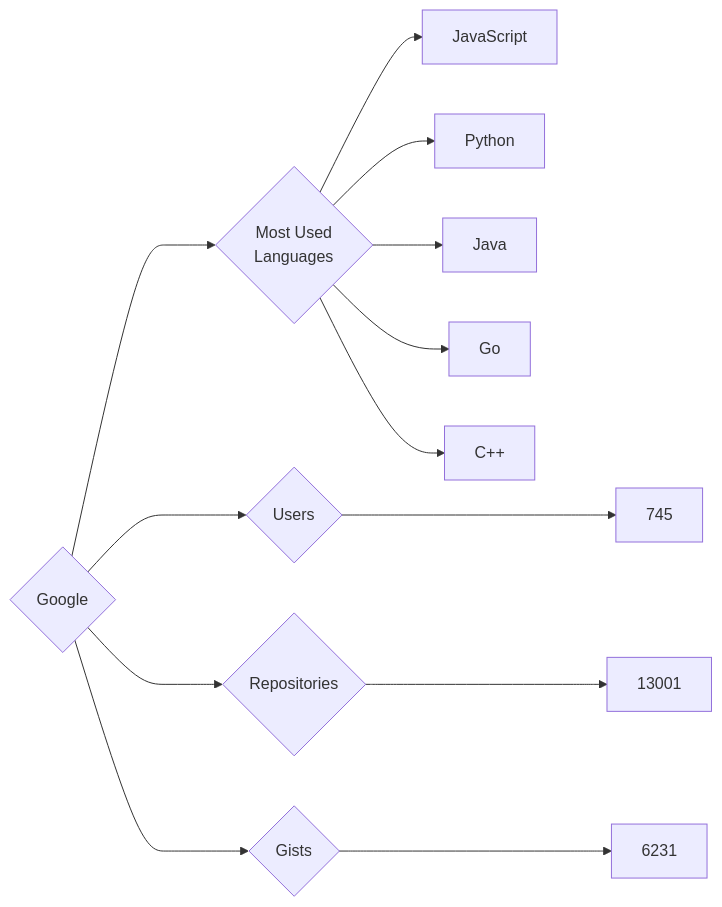
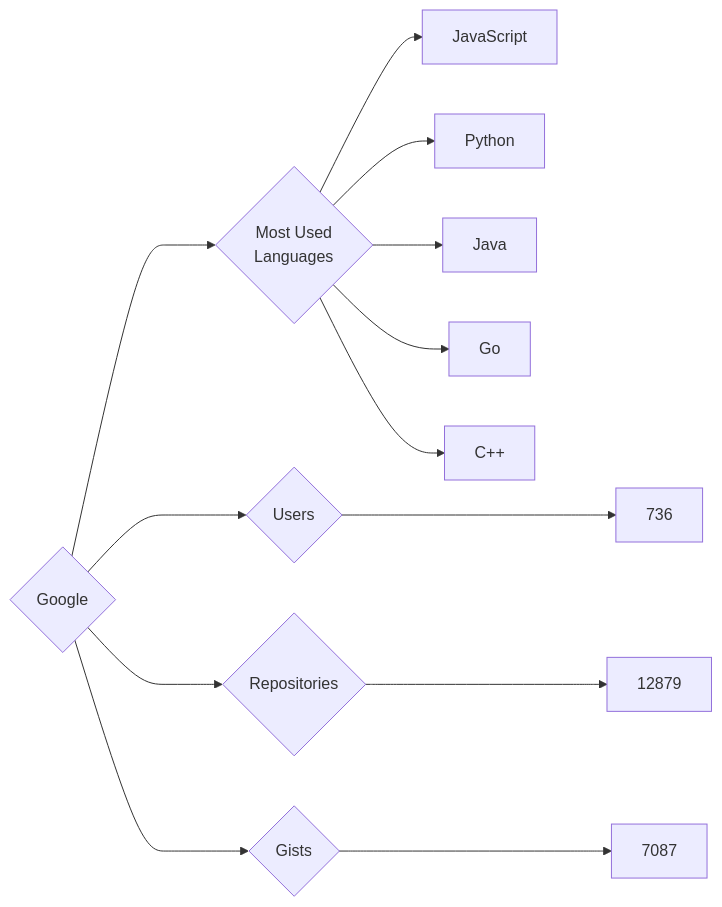
The diagram in targets/Google/README.md (trickest/insiders), drawn with Mermaid before and after one commit. The commit also changed 965 other files, not shown here.

````diff
--- a/targets/Google/README.md
+++ b/targets/Google/README.md
@@ -3,13 +3,13 @@
 ```mermaid
 graph LR
 COMPANY_NAME{Google}
-COMPANY_NAME ---> U{Users} ---> UN[745]
-COMPANY_NAME ---> R{Repositories} ---> RN[13001]
-COMPANY_NAME ---> G{Gists} ---> GN[6231]
+COMPANY_NAME ---> U{Users} ---> UN[736]
+COMPANY_NAME ---> R{Repositories} ---> RN[12879]
+COMPANY_NAME ---> G{Gists} ---> GN[7087]
 COMPANY_NAME ---> ML{Most Used<br>Languages}
 ML --> JavaScript[JavaScript]
 ML --> Python[Python]
 ML --> Java[Java]
 ML --> Go[Go]
 ML --> C++[C++]
 ```
````
